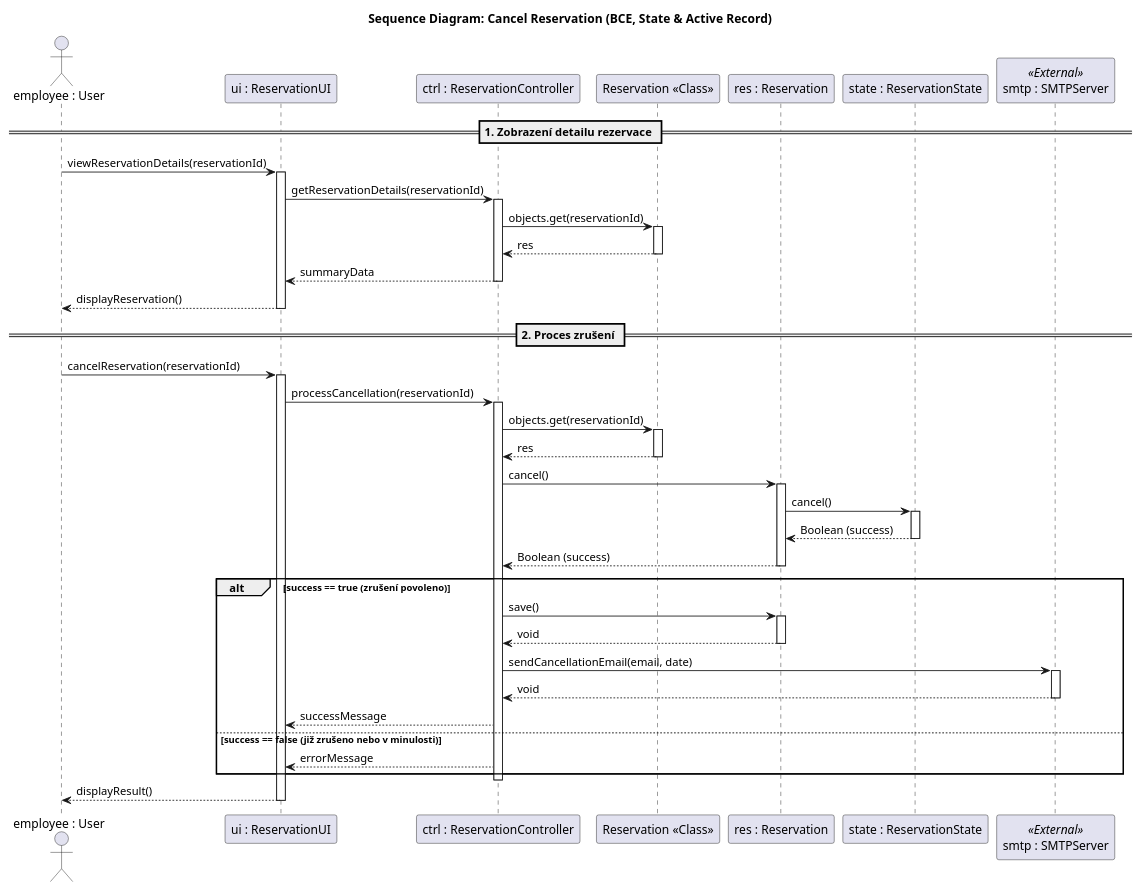
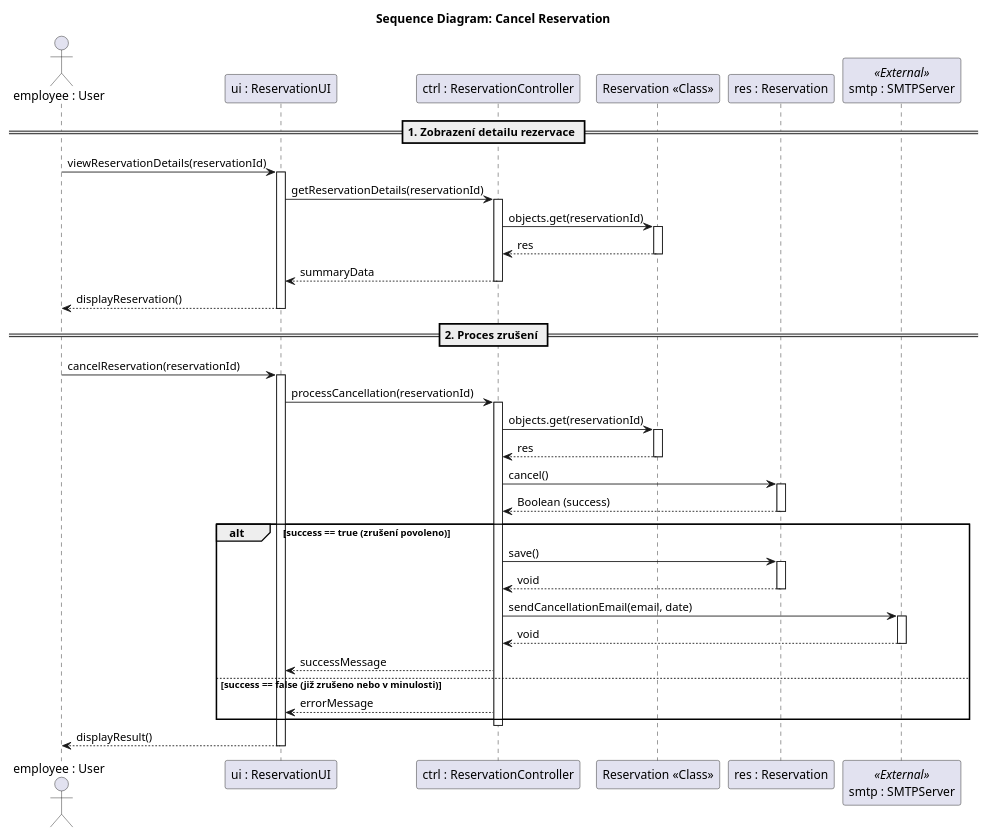
The diagram in docs/diagramy/sequence-cancel-reservation.puml (AidenCze/SWI-Project), drawn with PlantUML before and after one commit. The commit also changed 2 other files, not shown here.

Commit message:
Refactor sequence diagram titles for clarity and consistency

```diff
--- a/docs/diagramy/sequence-cancel-reservation.puml
+++ b/docs/diagramy/sequence-cancel-reservation.puml
@@ -1,78 +1,75 @@
 @startuml
-title Sequence Diagram: Cancel Reservation (BCE, State & Active Record)
+title Sequence Diagram: Cancel Reservation
 
 actor "employee : User" as emp
 participant "ui : ReservationUI" as ui
 participant "ctrl : ReservationController" as ctrl
 participant "Reservation <<Class>>" as resClass
 participant "res : Reservation" as res
-participant "state : ReservationState" as state
 participant "smtp : SMTPServer" as smtp <<External>>
 
 == 1. Zobrazení detailu rezervace ==
 emp -> ui : viewReservationDetails(reservationId)
 activate ui
 
 ui -> ctrl : getReservationDetails(reservationId)
 activate ctrl
 
 ' Active Record: Načtení z databáze
 ctrl -> resClass : objects.get(reservationId)
 activate resClass
 resClass --> ctrl : res
 deactivate resClass
 
 ctrl --> ui : summaryData
 deactivate ctrl
 
 ui --> emp : displayReservation()
 deactivate ui
 
 == 2. Proces zrušení ==
 emp -> ui : cancelReservation(reservationId)
 activate ui
 
 ui -> ctrl : processCancellation(reservationId)
 activate ctrl
 
 ' Znovunačtení entity (nebo použití z paměti)
 ctrl -> resClass : objects.get(reservationId)
 activate resClass
 resClass --> ctrl : res
 deactivate resClass
 
 ' Využití návrhového vzoru State
 ctrl -> res : cancel()
 activate res
 
-res -> state : cancel()
-activate state
 
-state --> res : Boolean (success)
-deactivate state
+
+
 
 res --> ctrl : Boolean (success)
 deactivate res
 
 alt success == true (zrušení povoleno)
     ' Uložení změn do databáze (Soft Delete)
     ctrl -> res : save()
     activate res
     res --> ctrl : void
     deactivate res
     
     ' Volitelné: Odeslání e-mailu definované v Class diagramu
     ctrl -> smtp : sendCancellationEmail(email, date)
     activate smtp
     smtp --> ctrl : void
     deactivate smtp
     
     ctrl --> ui : successMessage
 else success == false (již zrušeno nebo v minulosti)
     ctrl --> ui : errorMessage
 end
 deactivate ctrl
 
 ui --> emp : displayResult()
 deactivate ui
 @enduml
```
